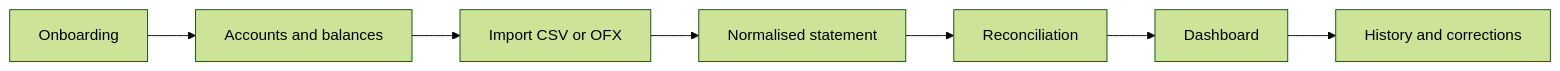
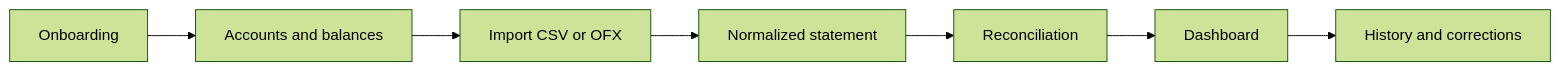
One commit to luizfelipe-pacifico/talentum changed the first of 5 diagrams in docs/PRODUCT.md. Above: the diagram before and after it, drawn with Mermaid (forest theme). The commit also changed other lines of this file and 13 other files, not shown here.

````diff
--- a/docs/PRODUCT.md
+++ b/docs/PRODUCT.md
@@ -95,9 +90,9 @@
 ```mermaid
 flowchart LR
     O[Onboarding] --> A[Accounts and balances]
     A --> I[Import CSV or OFX]
-    I --> E[Normalised statement]
+    I --> E[Normalized statement]
     E --> C[Reconciliation]
     C --> D[Dashboard]
     D --> H[History and corrections]
 ```
````
